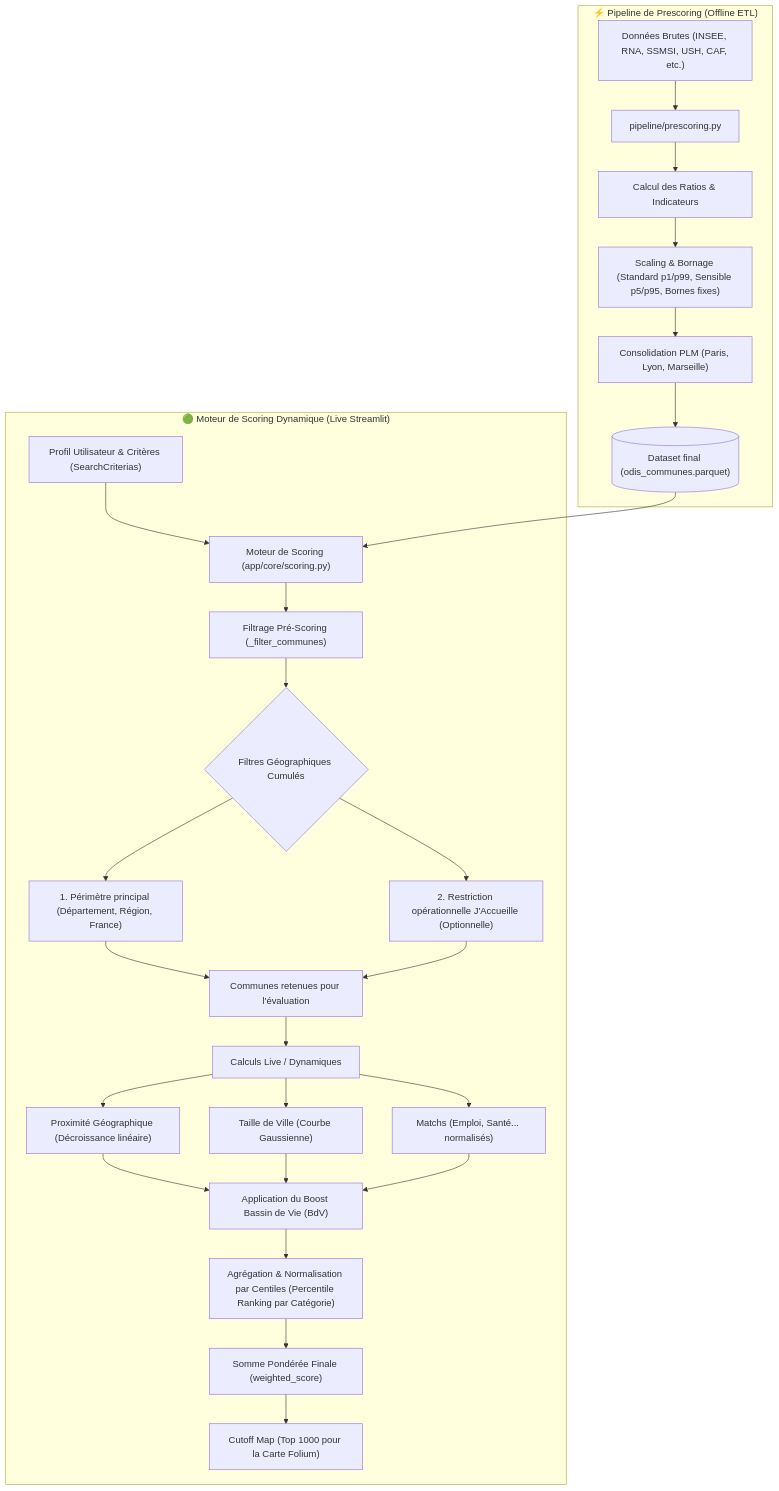
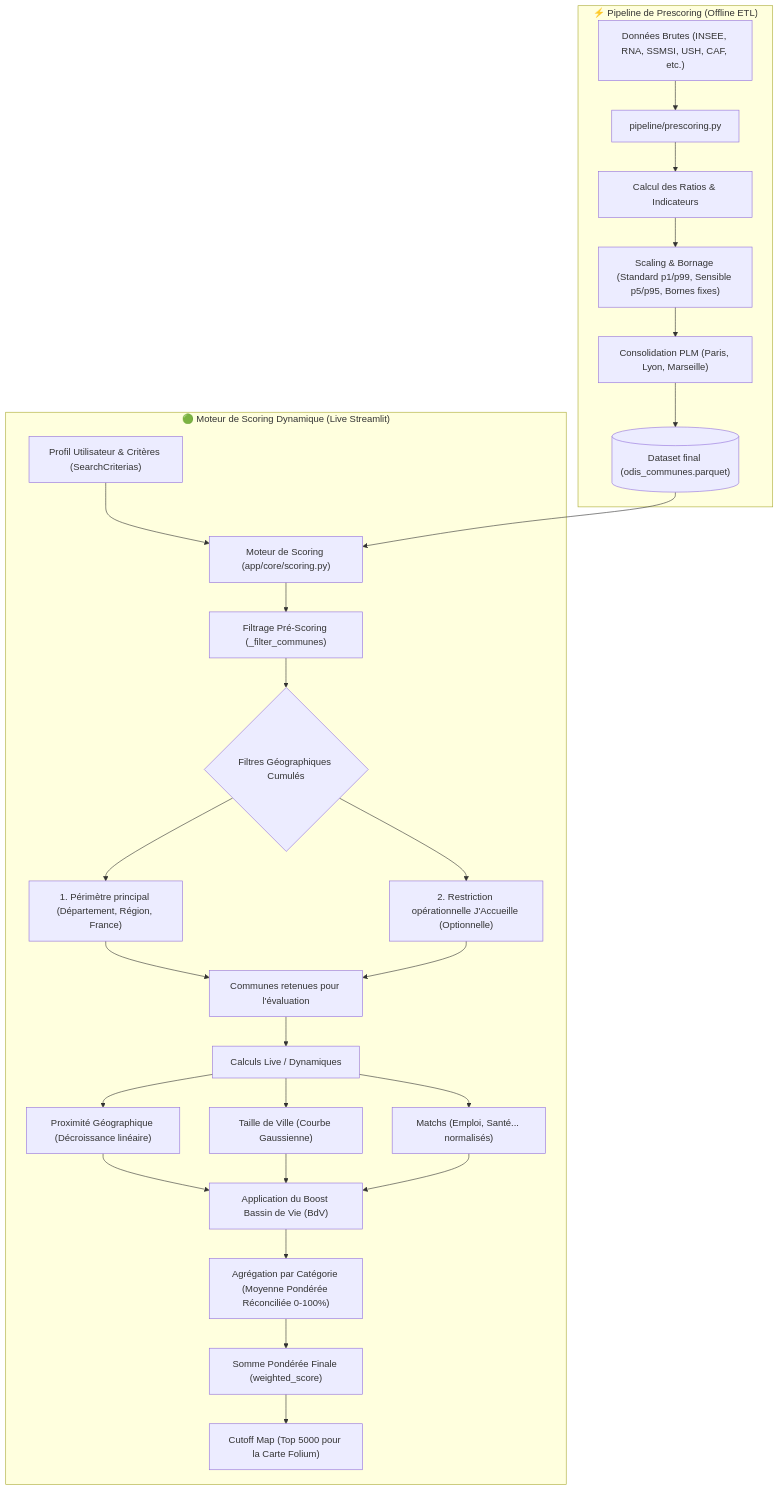
One commit to jbesan/13_odis_stream2 changed the diagram in SCORING.md. Above: the diagram before and after it, drawn with Mermaid. The commit also changed other lines of this file and 5 other files, not shown here.

````diff
--- a/SCORING.md
+++ b/SCORING.md
@@ -15,43 +15,43 @@
 ```mermaid
 graph TD
     %% Offline Pipeline (Pre-scoring)
     subgraph Offline ["⚡ Pipeline de Prescoring (Offline ETL)"]
         A["Données Brutes (INSEE, RNA, SSMSI, USH, CAF, etc.)"] --> B["pipeline/prescoring.py"]
         B --> C["Calcul des Ratios & Indicateurs"]
         C --> D["Scaling & Bornage (Standard p1/p99, Sensible p5/p95, Bornes fixes)"]
         D --> E["Consolidation PLM (Paris, Lyon, Marseille)"]
         E --> F[("Dataset final (odis_communes.parquet)")]
     end
 
     %% Online Engine (Live-scoring)
     subgraph Online ["🟢 Moteur de Scoring Dynamique (Live Streamlit)"]
         G["Profil Utilisateur & Critères (SearchCriterias)"] --> H["Moteur de Scoring (app/core/scoring.py)"]
         F --> H
         
         %% Filtering
         H --> H1["Filtrage Pré-Scoring (_filter_communes)"]
         H1 --> H2{"Filtres Géographiques Cumulés"}
         
         %% Geographic filters
         H2 --> H2a["1. Périmètre principal (Département, Région, France)"]
         H2 --> H2b["2. Restriction opérationnelle J'Accueille (Optionnelle)"]
         
         H2a & H2b --> H3["Communes retenues pour l'évaluation"]
         
         %% Dynamic Calculations
         H3 --> I["Calculs Live / Dynamiques"]
         I --> I3["Matchs (Emploi, Santé... normalisés)"]
         I --> I1["Proximité Géographique (Décroissance linéaire)"]
         I --> I2["Taille de Ville (Courbe Gaussienne)"]
         
         %% BdV Boost
         I1 & I2 & I3 --> J["Application du Boost Bassin de Vie (BdV)"]
         
         %% Category aggregation & Percentile normalisation
-        J --> K["Agrégation & Normalisation par Centiles (Percentile Ranking par Catégorie)"]
+        J --> K["Agrégation par Catégorie (Moyenne Pondérée Réconciliée 0-100%)"]
         
         %% Weighted Sum & Map limit
         K --> L["Somme Pondérée Finale (weighted_score)"]
-        L --> M["Cutoff Map (Top 1000 pour la Carte Folium)"]
+        L --> M["Cutoff Map (Top 5000 pour la Carte Folium)"]
     end
 ```
````
